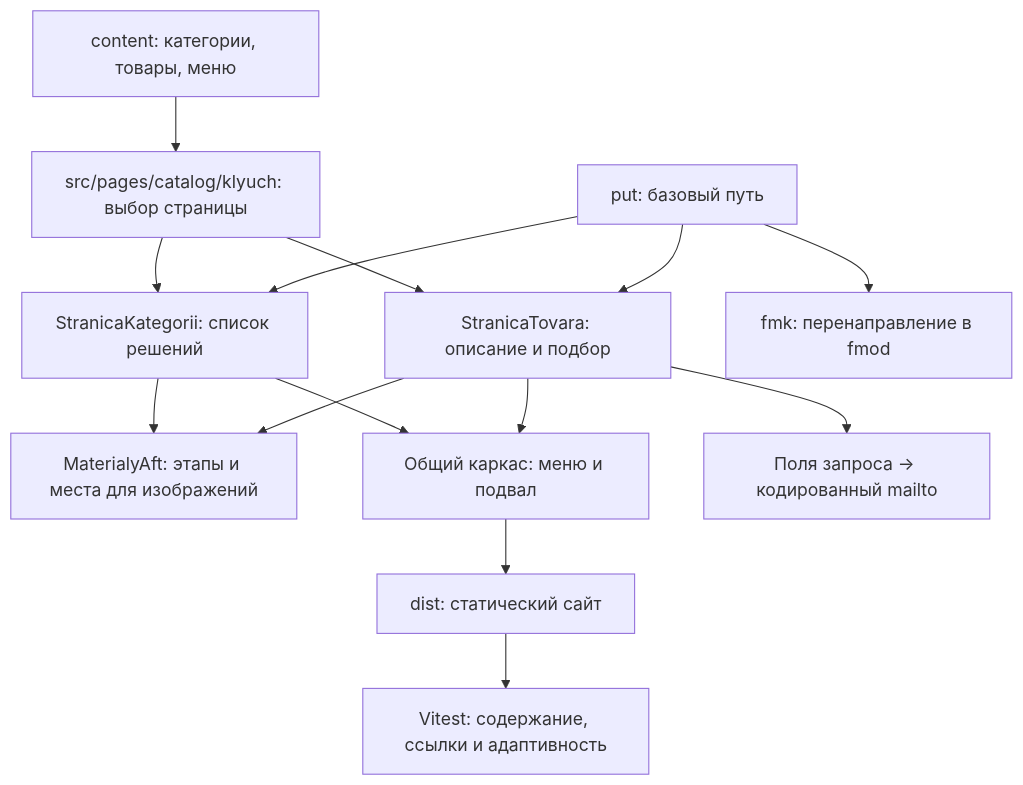
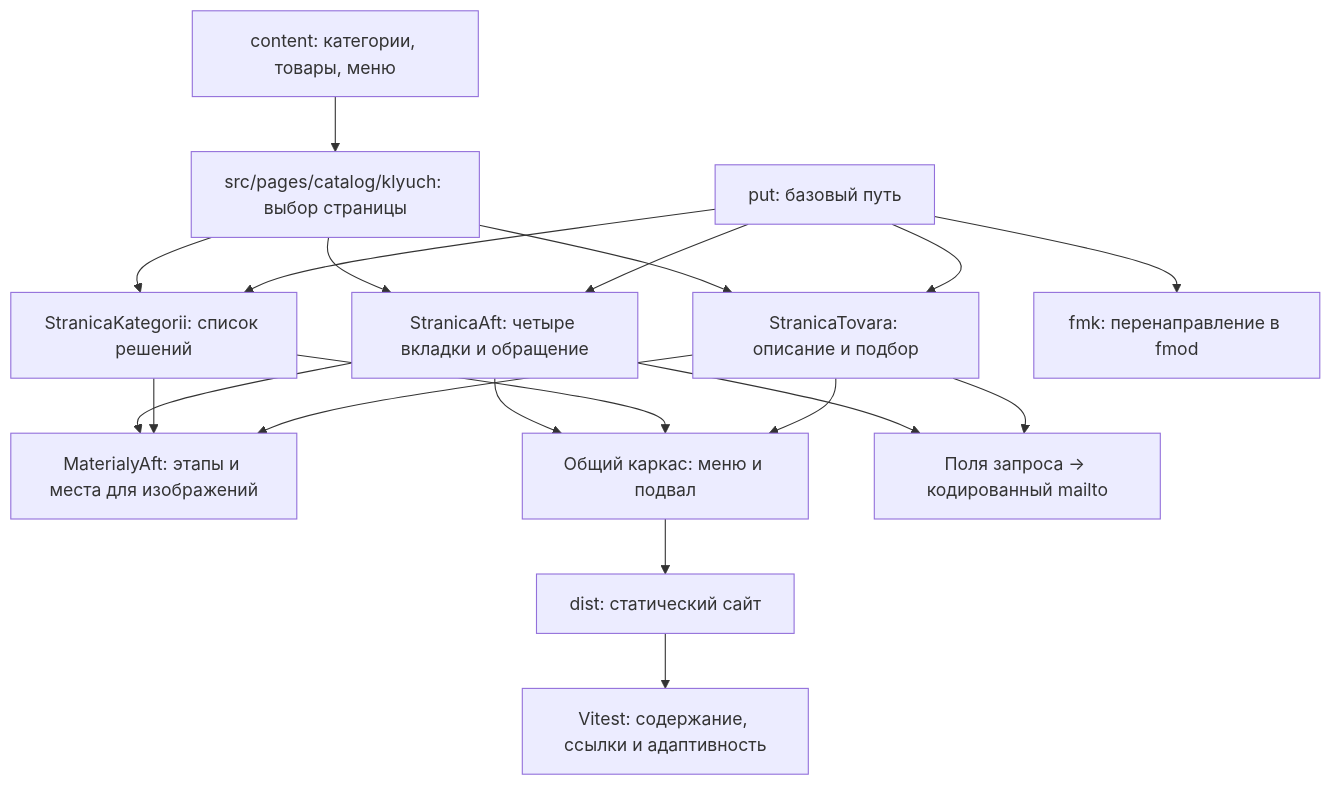
The diagram in docs/CODE-MAP.md (dgorshenin555-commits/tauber-web), drawn with Mermaid before and after one commit. The commit also changed other lines of this file and 22 other files, not shown here.

````diff
--- a/docs/CODE-MAP.md
+++ b/docs/CODE-MAP.md
@@ -5,16 +5,21 @@
 ```mermaid
 flowchart TD
   J[content: категории, товары, меню] --> R[src/pages/catalog/klyuch: выбор страницы]
   R --> K[StranicaKategorii: список решений]
   R --> T[StranicaTovara: описание и подбор]
+  R --> A[StranicaAft: четыре вкладки и обращение]
+  A --> M
+  A --> L
+  P --> A
+  A --> E
   K --> M[MaterialyAft: этапы и места для изображений]
   T --> M
   K --> L[Общий каркас: меню и подвал]
   T --> L
   P[put: базовый путь] --> K
   P --> T
   P --> F[fmk: перенаправление в fmod]
   T --> E[Поля запроса → кодированный mailto]
   L --> D[dist: статический сайт]
   D --> V[Vitest: содержание, ссылки и адаптивность]
 ```
````
